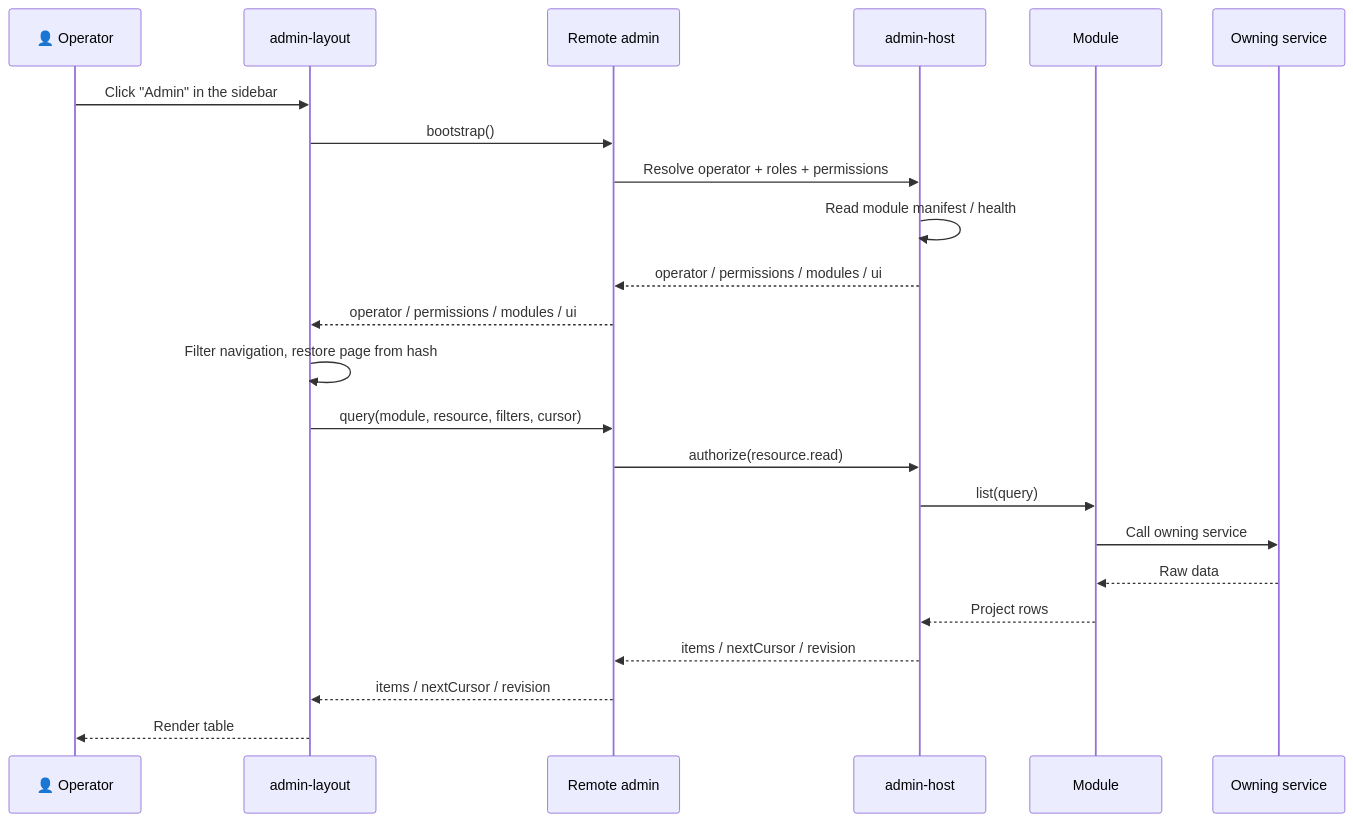
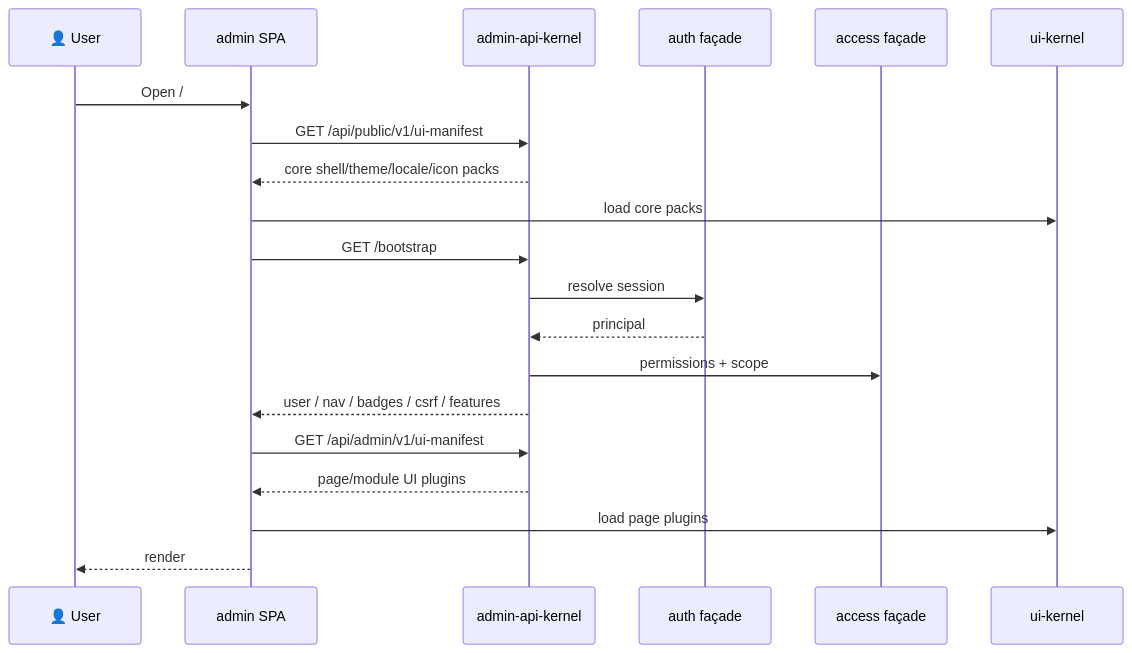
Before and after one commit to waixiaowai/veren: the second of 3 diagrams in docs/admin-system-design.md, drawn with Mermaid. The commit also changed other lines of this file and 21 other files, not shown here.

````diff
--- a/docs/admin-system-design.md
+++ b/docs/admin-system-design.md
@@ -708,26 +655,23 @@
 ```mermaid
 sequenceDiagram
-  participant Op as 👤 Operator
-  participant Shell as admin-layout
-  participant R as Remote admin
-  participant Core as admin-host
-  participant Mod as Module
-  participant Svc as Owning service
+  participant U as 👤 User
+  participant SPA as admin SPA
+  participant API as admin-api-kernel
+  participant Auth as auth façade
+  participant Access as access façade
+  participant UI as ui-kernel
 
-  Op->>Shell: Click "Admin" in the sidebar
-  Shell->>R: bootstrap()
-  R->>Core: Resolve operator + roles + permissions
-  Core->>Core: Read module manifest / health
-  Core-->>R: operator / permissions / modules / ui
-  R-->>Shell: operator / permissions / modules / ui
-  Shell->>Shell: Filter navigation, restore page from hash
-  Shell->>R: query(module, resource, filters, cursor)
-  R->>Core: authorize(resource.read)
-  Core->>Mod: list(query)
-  Mod->>Svc: Call owning service
-  Svc-->>Mod: Raw data
-  Mod-->>Core: Project rows
-  Core-->>R: items / nextCursor / revision
-  R-->>Shell: items / nextCursor / revision
-  Shell-->>Op: Render table
+  U->>SPA: Open /
+  SPA->>API: GET /api/public/v1/ui-manifest
+  API-->>SPA: core shell/theme/locale/icon packs
+  SPA->>UI: load core packs
+  SPA->>API: GET /bootstrap
+  API->>Auth: resolve session
+  Auth-->>API: principal
+  API->>Access: permissions + scope
+  API-->>SPA: user / nav / badges / csrf / features
+  SPA->>API: GET /api/admin/v1/ui-manifest
+  API-->>SPA: page/module UI plugins
+  SPA->>UI: load page plugins
+  SPA-->>U: render
 ```
````
